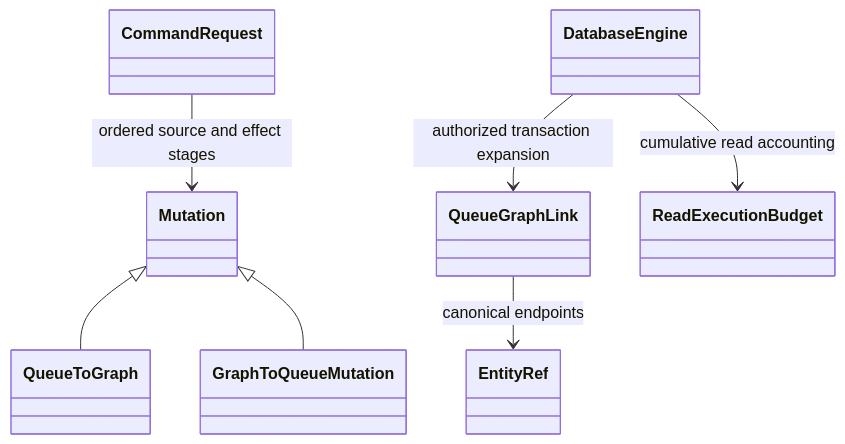
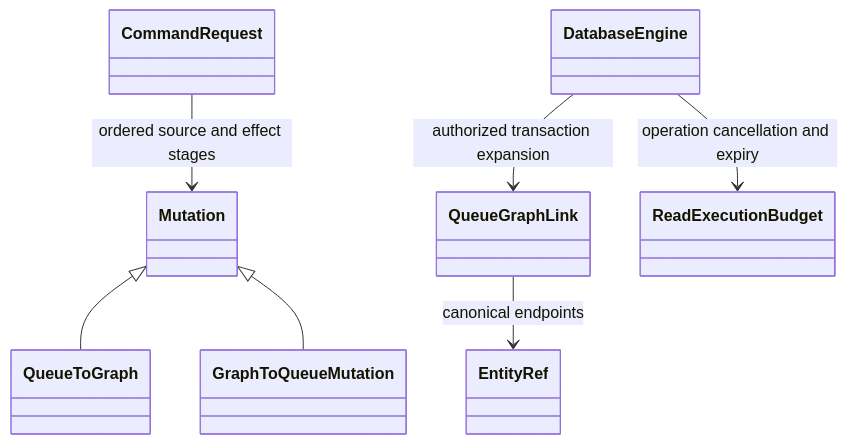
One commit to managedcode/KeyLoad changed the second of 26 diagrams in docs/Architecture.md. Above: the diagram before and after it, drawn with Mermaid. The commit also changed other lines of this file and 673 other files, not shown here.

````diff
--- a/docs/Architecture.md
+++ b/docs/Architecture.md
@@ -43,9 +43,9 @@
 ```mermaid
 classDiagram
     Mutation <|-- QueueToGraph
     Mutation <|-- GraphToQueueMutation
     QueueGraphLink --> EntityRef : canonical endpoints
     CommandRequest --> Mutation : ordered source and effect stages
     DatabaseEngine --> QueueGraphLink : authorized transaction expansion
-    DatabaseEngine --> ReadExecutionBudget : cumulative read accounting
+    DatabaseEngine --> ReadExecutionBudget : operation cancellation and expiry
 ```
````
